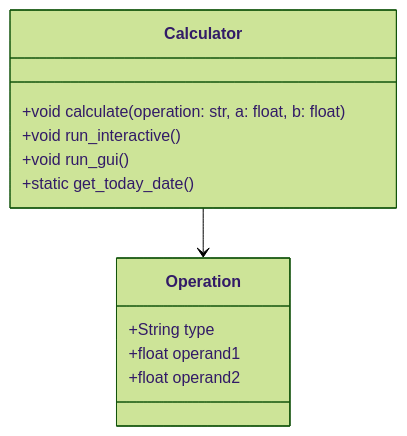
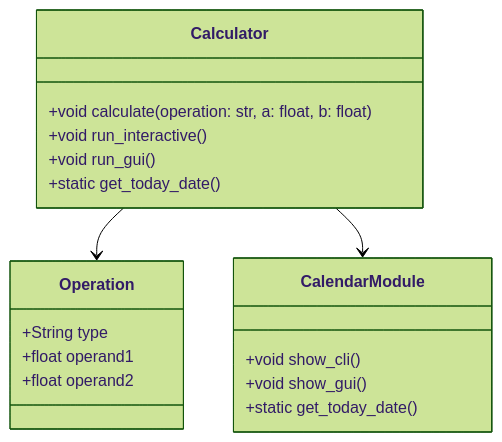
Before and after one commit to thoaihcmc/docs-pipeline-e2e-test: the diagram in docs/add.md, drawn with Mermaid (forest theme). The commit also changed other lines of this file and 5 other files, not shown here.

Commit message:
docs: auto-generate FDD, BDD, ADD and diagrams for 5ed4e4fdf37e09d7aaa3bb043db180d9aba59c5d

````diff
--- a/docs/add.md
+++ b/docs/add.md
@@ -13,15 +11,21 @@
 ```mermaid
 classDiagram  
   class Calculator {  
     +void calculate(operation: str, a: float, b: float)  
     +void run_interactive()  
     +void run_gui()  
     +static get_today_date()  
   }  
+  class CalendarModule {  
+    +void show_cli()  
+    +void show_gui()  
+    +static get_today_date()  
+  }  
   class Operation {  
     +String type  
     +float operand1  
     +float operand2  
   }  
   Calculator --> Operation
+  Calculator --> CalendarModule
 ```  
````
